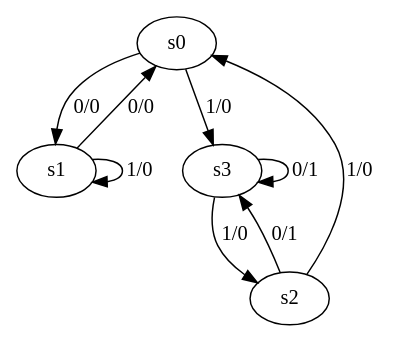
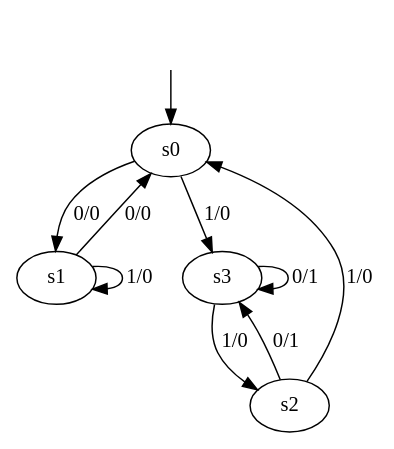
Before and after one commit to damascenodiego/automata_wiki: the diagram in benchmarks/ToyModels/naiks.dot, drawn with Graphviz. The commit also changed 171 other files, not shown here.

```diff
--- a/benchmarks/ToyModels/naiks.dot
+++ b/benchmarks/ToyModels/naiks.dot
@@ -1,14 +1,16 @@
 digraph G {
 s0
 s1
 s2
 s3
 s0 -> s1 [label="0/0"]
 s0 -> s3 [label="1/0"]
 s1 -> s0 [label="0/0"]
 s1 -> s1 [label="1/0"]
 s2 -> s0 [label="1/0"]
 s2 -> s3 [label="0/1"]
 s3 -> s2 [label="1/0"]
 s3 -> s3 [label="0/1"]
+__start0 [label="" shape="none"];
+__start0 -> s0;
 }
```
